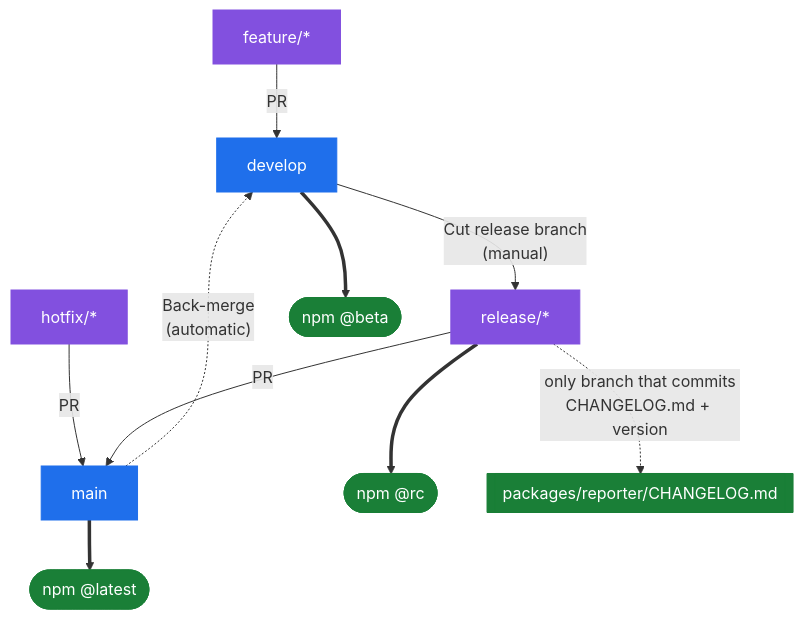
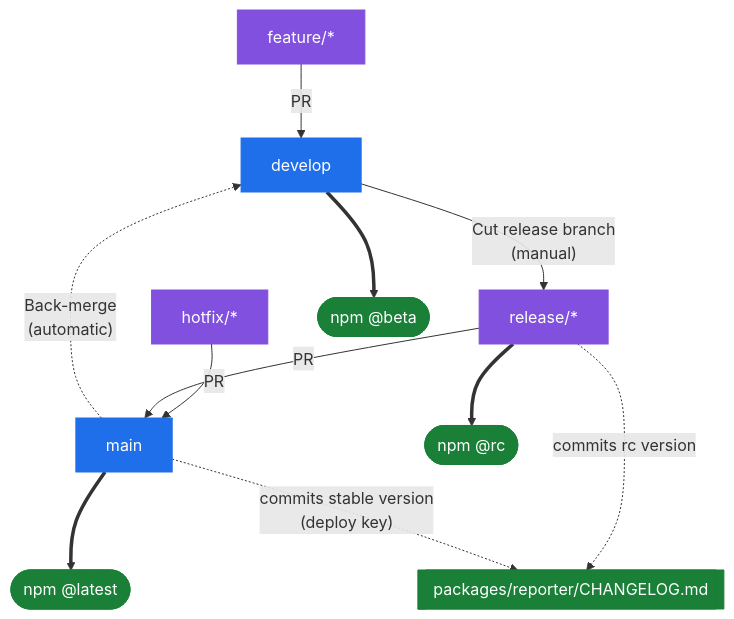
The second of 2 diagrams in CONTRIBUTING.md (Eve-Insights/eve-insights), drawn with Mermaid before and after one commit. The commit also changed other lines of this file and 86 other files, not shown here.

````diff
--- a/CONTRIBUTING.md
+++ b/CONTRIBUTING.md
@@ -175,21 +189,22 @@
 ```mermaid
 flowchart TD
     F["feature/*"] -->|PR| D["develop"]
     H["hotfix/*"] -->|PR| M["main"]
     D -->|"Cut release branch<br/>(manual)"| R["release/*"]
     R -->|PR| M
     M -.->|"Back-merge<br/>(automatic)"| D
 
     D ==> DT(["npm @beta"])
     R ==> RT(["npm @rc"])
     M ==> MT(["npm @latest"])
 
-    R -.->|"only branch that commits<br/>CHANGELOG.md + version"| CL[["packages/reporter/CHANGELOG.md"]]
+    R -.->|"commits rc version"| CL[["packages/reporter/CHANGELOG.md"]]
+    M -.->|"commits stable version<br/>(deploy key)"| CL
 
     classDef perm fill:#1f6feb,stroke:#1f6feb,color:#fff
     classDef temp fill:#8250df,stroke:#8250df,color:#fff
     classDef pkg fill:#1a7f37,stroke:#1a7f37,color:#fff
     class D,M perm
     class F,R,H temp
     class DT,RT,MT,CL pkg
 ```
````
